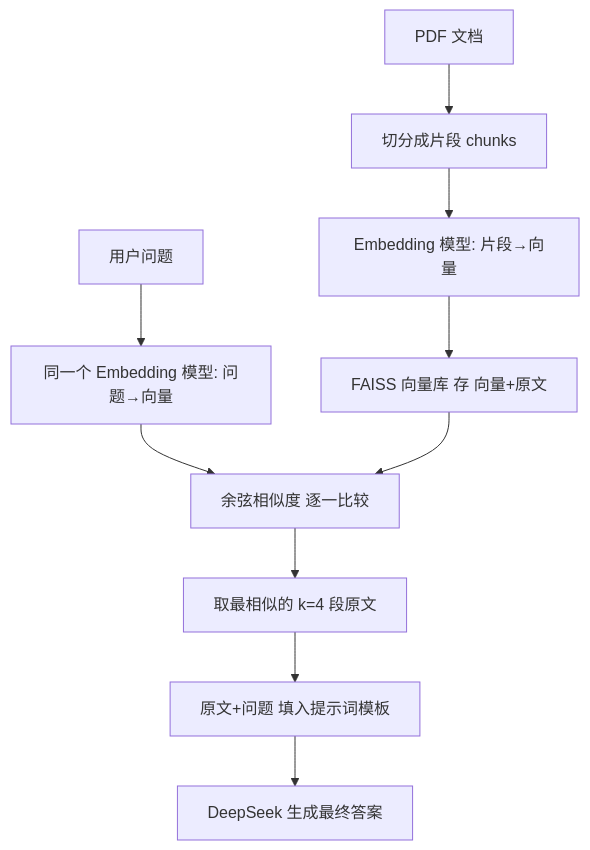
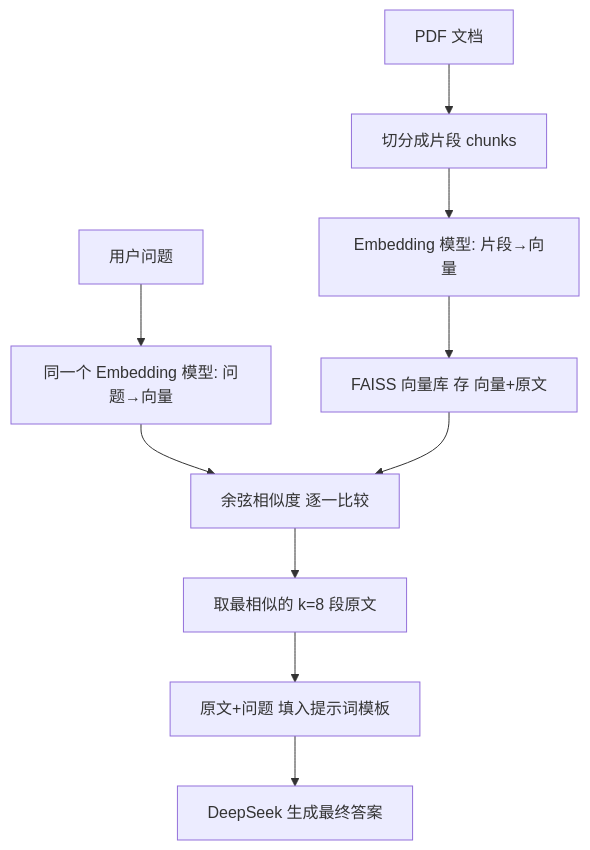
One commit to wlfly929/annual-report-auditor changed the second of 2 diagrams in README.md. Above: the diagram before and after it, drawn with Mermaid. The commit also changed other lines of this file and 12 other files, not shown here.

````diff
--- a/README.md
+++ b/README.md
@@ -33,12 +65,12 @@
 ```mermaid
 graph TD
     A["PDF 文档"] --> B["切分成片段 chunks"]
     B --> C["Embedding 模型: 片段→向量"]
     C --> D["FAISS 向量库 存 向量+原文"]
     E["用户问题"] --> F["同一个 Embedding 模型: 问题→向量"]
     F --> G["余弦相似度 逐一比较"]
     D --> G
-    G --> H["取最相似的 k=4 段原文"]
+    G --> H["取最相似的 k=8 段原文"]
     H --> I["原文+问题 填入提示词模板"]
     I --> J["DeepSeek 生成最终答案"]
 ```
````
